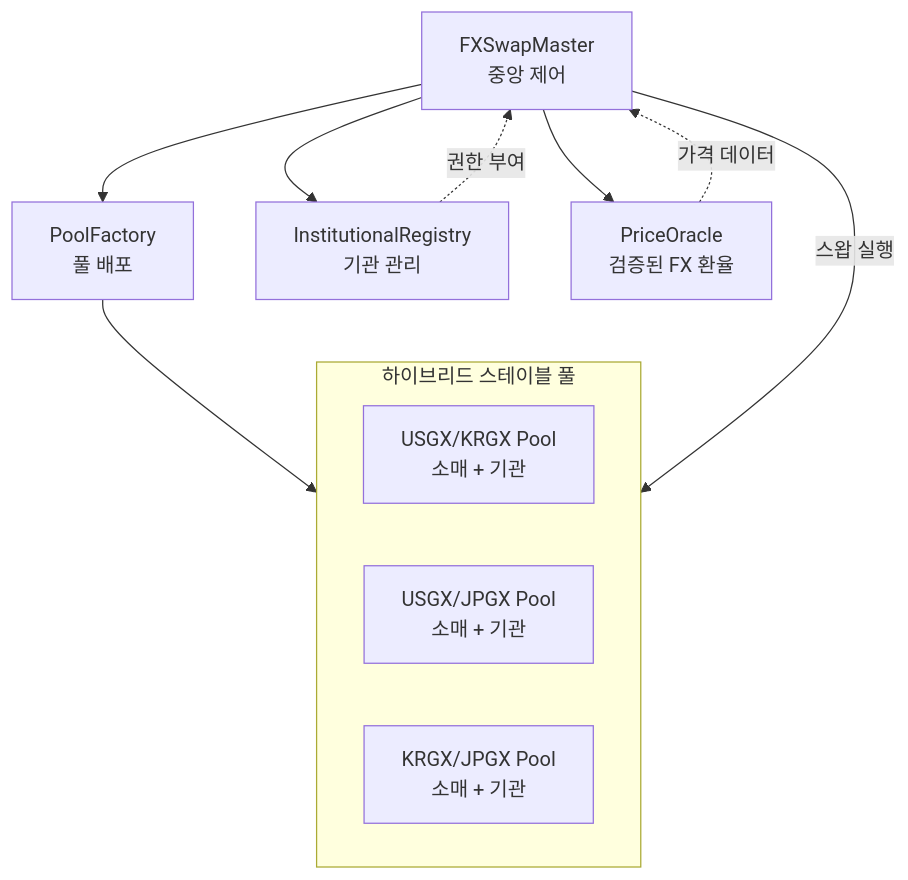
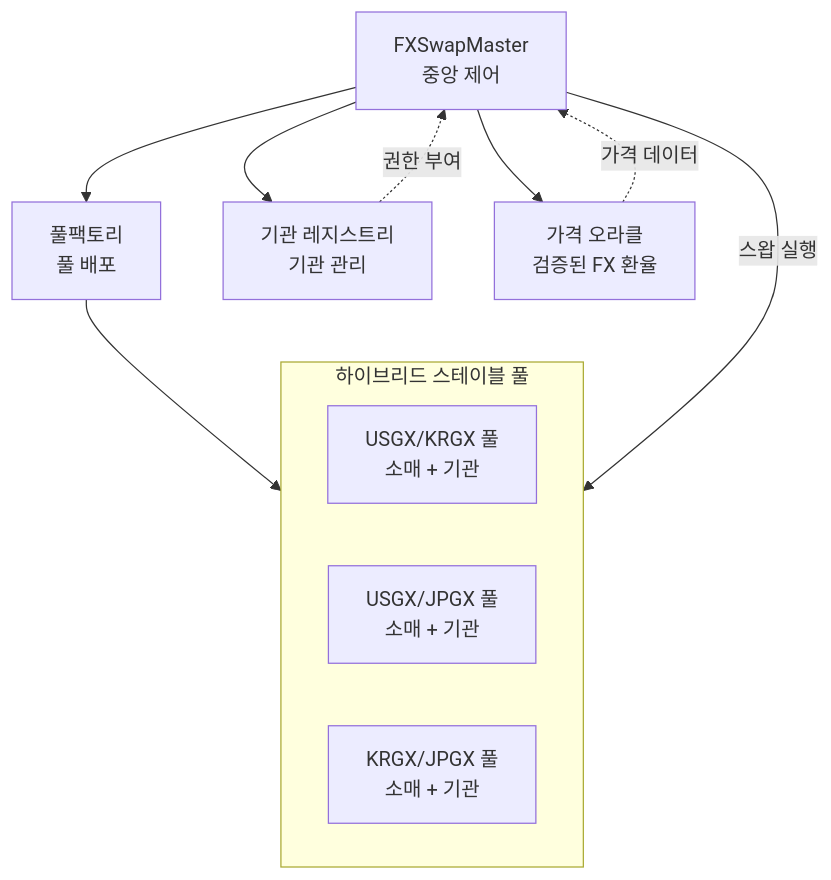
Before and after one commit to fbtopg/gurufin-docs: the second of 2 diagrams in gurudex/01_architecture_kr.md, drawn with Mermaid. The commit also changed other lines of this file and 9 other files, not shown here.

````diff
--- a/gurudex/01_architecture_kr.md
+++ b/gurudex/01_architecture_kr.md
@@ -143,27 +143,27 @@
 ```mermaid
 flowchart TB
     FXSwapMaster[FXSwapMaster<br/>중앙 제어]
     
-    PoolFactory[PoolFactory<br/>풀 배포]
+    PoolFactory[풀팩토리<br/>풀 배포]
     
-    InstitutionalRegistry[InstitutionalRegistry<br/>기관 관리]
+    InstitutionalRegistry[기관 레지스트리<br/>기관 관리]
     
-    PriceOracle[PriceOracle<br/>검증된 FX 환율]
+    PriceOracle[가격 오라클<br/>검증된 FX 환율]
     
     subgraph Pools["하이브리드 스테이블 풀"]
-        Pool1[USGX/KRGX Pool<br/>소매 + 기관]
-        Pool2[USGX/JPGX Pool<br/>소매 + 기관]
-        Pool3[KRGX/JPGX Pool<br/>소매 + 기관]
+        Pool1[USGX/KRGX 풀<br/>소매 + 기관]
+        Pool2[USGX/JPGX 풀<br/>소매 + 기관]
+        Pool3[KRGX/JPGX 풀<br/>소매 + 기관]
     end
     
     FXSwapMaster --> PoolFactory
     FXSwapMaster --> InstitutionalRegistry
     FXSwapMaster --> PriceOracle
     
     PoolFactory --> Pools
     
     InstitutionalRegistry -.권한 부여.-> FXSwapMaster
     PriceOracle -.가격 데이터.-> FXSwapMaster
     
     FXSwapMaster -->|스왑 실행| Pools
 ```
````
